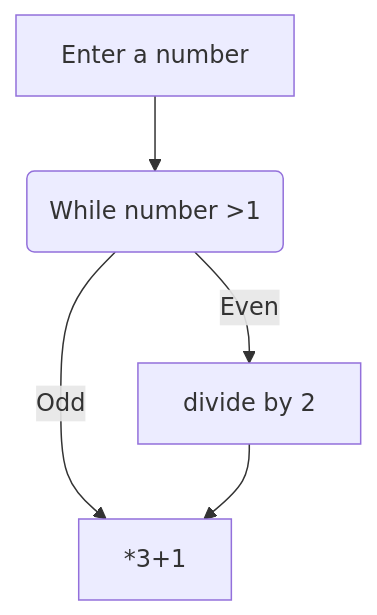
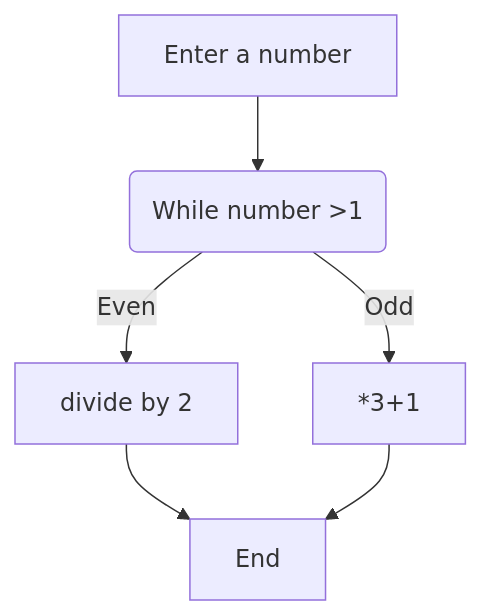
One commit to PeeBs68/mywork changed the second of 2 diagrams in README.md. Above: the diagram before and after it, drawn with Mermaid.

Commit message:
Playing with mermaid for readme

````diff
--- a/README.md
+++ b/README.md
@@ -27,7 +27,8 @@
 ```mermaid
 graph TD;
     A[Enter a number] -->B(While number >1);
     B -- Even -->C[divide by 2];
     B -- Odd -->D[*3+1];
-    C-->D;
+    C-->E[End];
+    D-->E[End];
 ```
````
